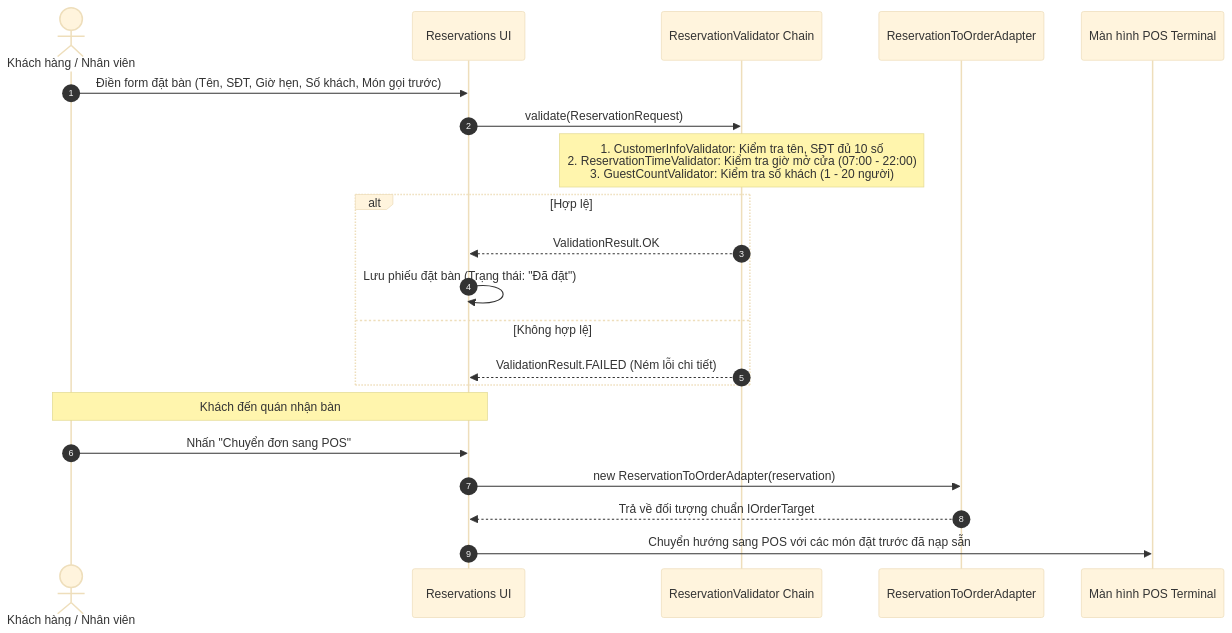
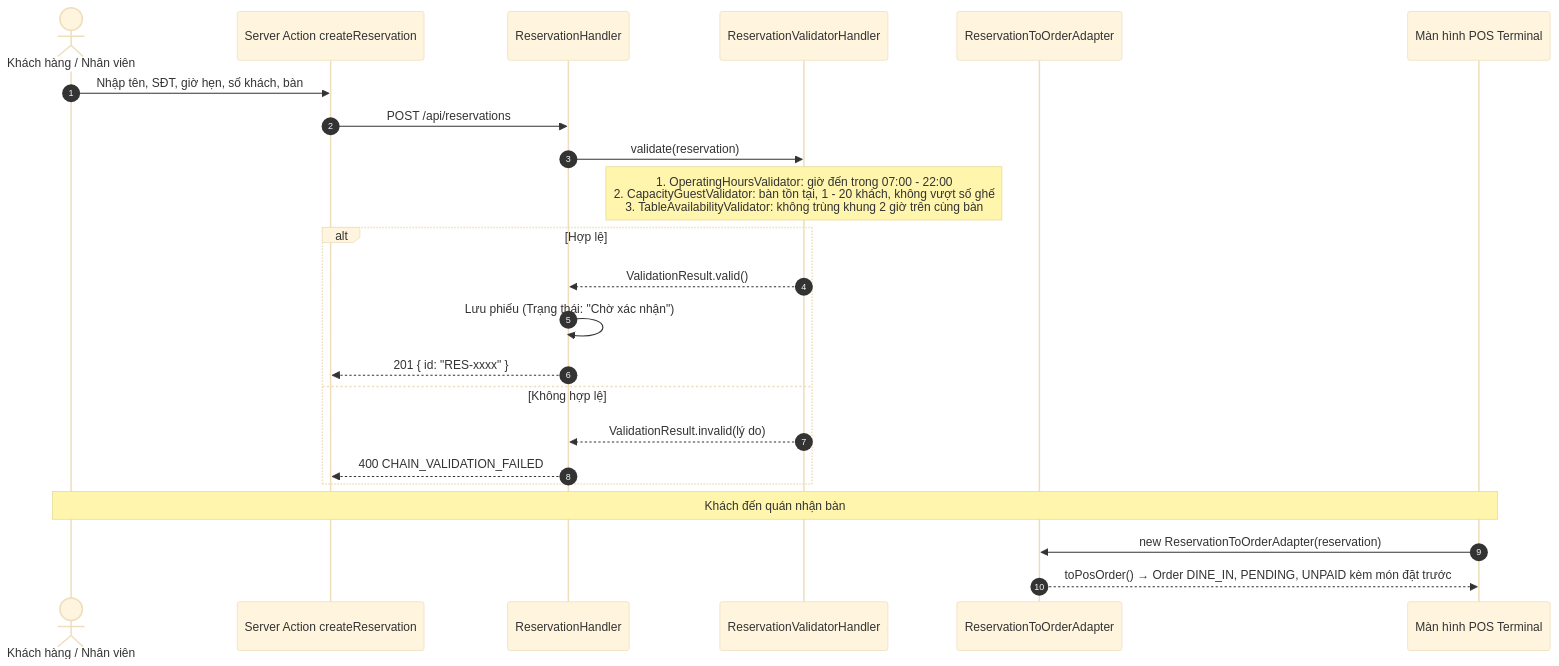
Before and after one commit to HubertPhung/WebQuanLyQuanCafe-DesignPatterns: the third of 3 diagrams in docs/ARCHITECTURE.md, drawn with Mermaid (base theme). The commit also changed other lines of this file and 1 other file, not shown here.

First line of the commit message:
docs: update architecture flows and local setup guide (#15)

````diff
--- a/docs/ARCHITECTURE.md
+++ b/docs/ARCHITECTURE.md
@@ -212,27 +217,29 @@
 ```mermaid
 sequenceDiagram
     autonumber
     actor Customer as Khách hàng / Nhân viên
-    participant WebUI as Reservations UI
-    participant Chain as ReservationValidator Chain
+    participant WebUI as Server Action createReservation
+    participant Handler as ReservationHandler
+    participant Chain as ReservationValidatorHandler
     participant Adapter as ReservationToOrderAdapter
     participant PosUI as Màn hình POS Terminal
 
-    Customer->>WebUI: Điền form đặt bàn (Tên, SĐT, Giờ hẹn, Số khách, Món gọi trước)
-    WebUI->>Chain: validate(ReservationRequest)
-    
-    Note over Chain: 1. CustomerInfoValidator: Kiểm tra tên, SĐT đủ 10 số<br/>2. ReservationTimeValidator: Kiểm tra giờ mở cửa (07:00 - 22:00)<br/>3. GuestCountValidator: Kiểm tra số khách (1 - 20 người)
-    
+    Customer->>WebUI: Nhập tên, SĐT, giờ hẹn, số khách, bàn
+    WebUI->>Handler: POST /api/reservations
+    Handler->>Chain: validate(reservation)
+
+    Note over Chain: 1. OperatingHoursValidator: giờ đến trong 07:00 - 22:00<br/>2. CapacityGuestValidator: bàn tồn tại, 1 - 20 khách, không vượt số ghế<br/>3. TableAvailabilityValidator: không trùng khung 2 giờ trên cùng bàn
+
     alt Hợp lệ
-        Chain-->>WebUI: ValidationResult.OK
-        WebUI->>WebUI: Lưu phiếu đặt bàn (Trạng thái: "Đã đặt")
+        Chain-->>Handler: ValidationResult.valid()
+        Handler->>Handler: Lưu phiếu (Trạng thái: "Chờ xác nhận")
+        Handler-->>WebUI: 201 { id: "RES-xxxx" }
     else Không hợp lệ
-        Chain-->>WebUI: ValidationResult.FAILED (Ném lỗi chi tiết)
+        Chain-->>Handler: ValidationResult.invalid(lý do)
+        Handler-->>WebUI: 400 CHAIN_VALIDATION_FAILED
     end
 
-    Note over Customer,WebUI: Khách đến quán nhận bàn
-    Customer->>WebUI: Nhấn "Chuyển đơn sang POS"
-    WebUI->>Adapter: new ReservationToOrderAdapter(reservation)
-    Adapter-->>WebUI: Trả về đối tượng chuẩn IOrderTarget
-    WebUI->>PosUI: Chuyển hướng sang POS với các món đặt trước đã nạp sẵn
+    Note over Customer,PosUI: Khách đến quán nhận bàn
+    PosUI->>Adapter: new ReservationToOrderAdapter(reservation)
+    Adapter-->>PosUI: toPosOrder() → Order DINE_IN, PENDING, UNPAID kèm món đặt trước
 ```
````
